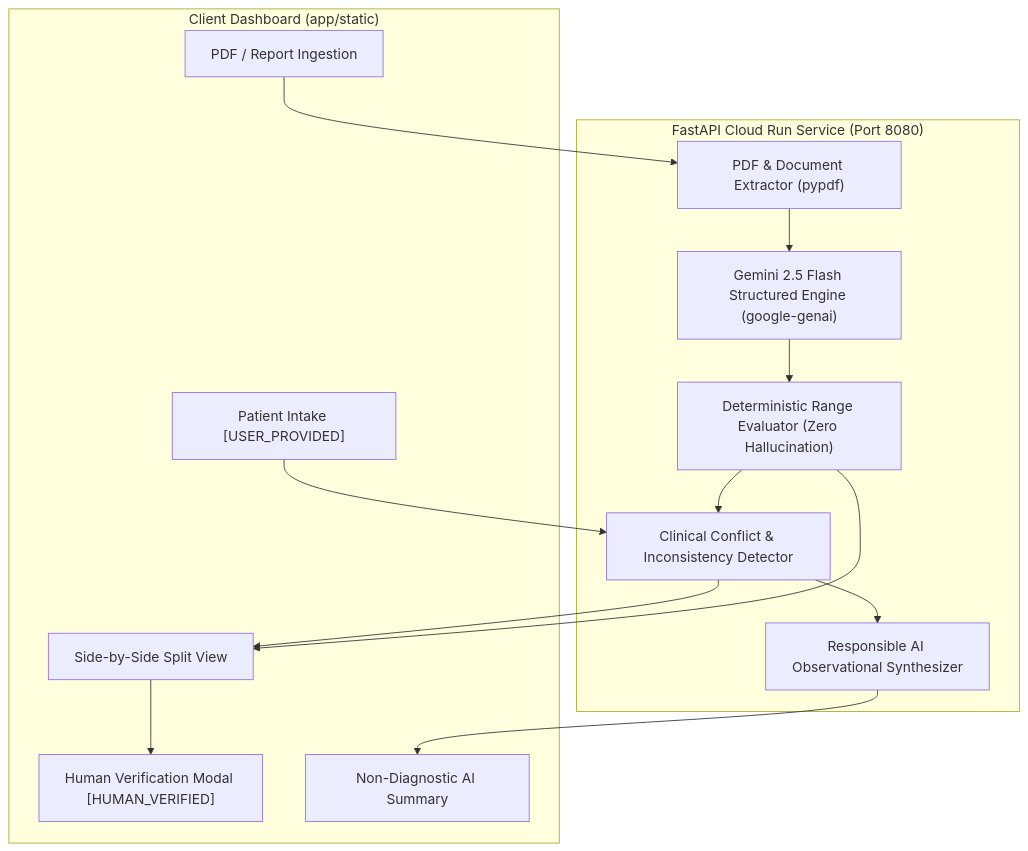
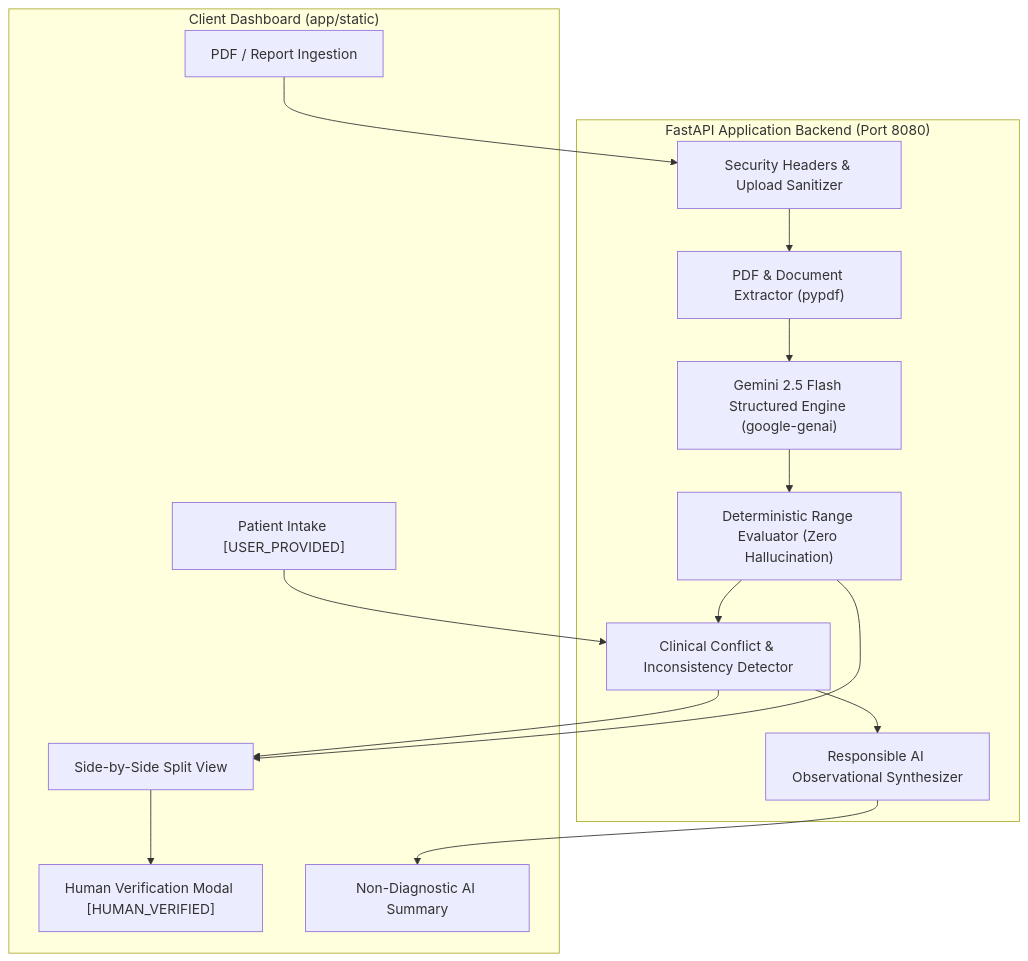
The diagram in README.md (4sachinreddy/prompt_wars), drawn with Mermaid before and after one commit. The commit also changed other lines of this file and 9 other files, not shown here.

````diff
--- a/README.md
+++ b/README.md
@@ -31,29 +47,31 @@
 ```mermaid
 flowchart TB
     subgraph UI ["Client Dashboard (app/static)"]
         Intake["Patient Intake [USER_PROVIDED]"]
         Upload["PDF / Report Ingestion"]
         SideBySide["Side-by-Side Split View"]
         HITL["Human Verification Modal [HUMAN_VERIFIED]"]
         Summary["Non-Diagnostic AI Summary"]
     end
 
-    subgraph Service ["FastAPI Cloud Run Service (Port 8080)"]
+    subgraph Service ["FastAPI Application Backend (Port 8080)"]
+        SecHeaders["Security Headers & Upload Sanitizer"]
         Parser["PDF & Document Extractor (pypdf)"]
         Gemini["Gemini 2.5 Flash Structured Engine (google-genai)"]
         RangeEngine["Deterministic Range Evaluator (Zero Hallucination)"]
         ConflictEngine["Clinical Conflict & Inconsistency Detector"]
         SummaryEngine["Responsible AI Observational Synthesizer"]
     end
 
-    Upload --> Parser
+    Upload --> SecHeaders
+    SecHeaders --> Parser
     Parser --> Gemini
     Gemini --> RangeEngine
     Intake --> ConflictEngine
     RangeEngine --> ConflictEngine
     ConflictEngine --> SideBySide
     RangeEngine --> SideBySide
     SideBySide --> HITL
     ConflictEngine --> SummaryEngine
     SummaryEngine --> Summary
 ```
````
